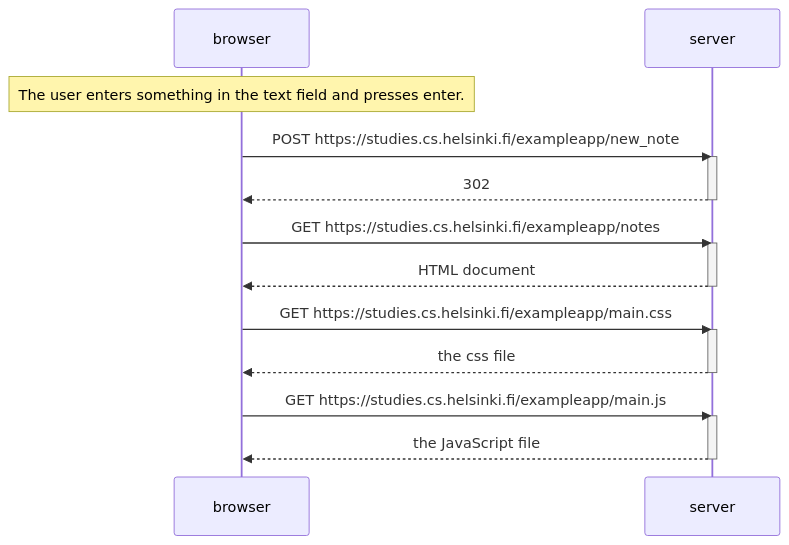
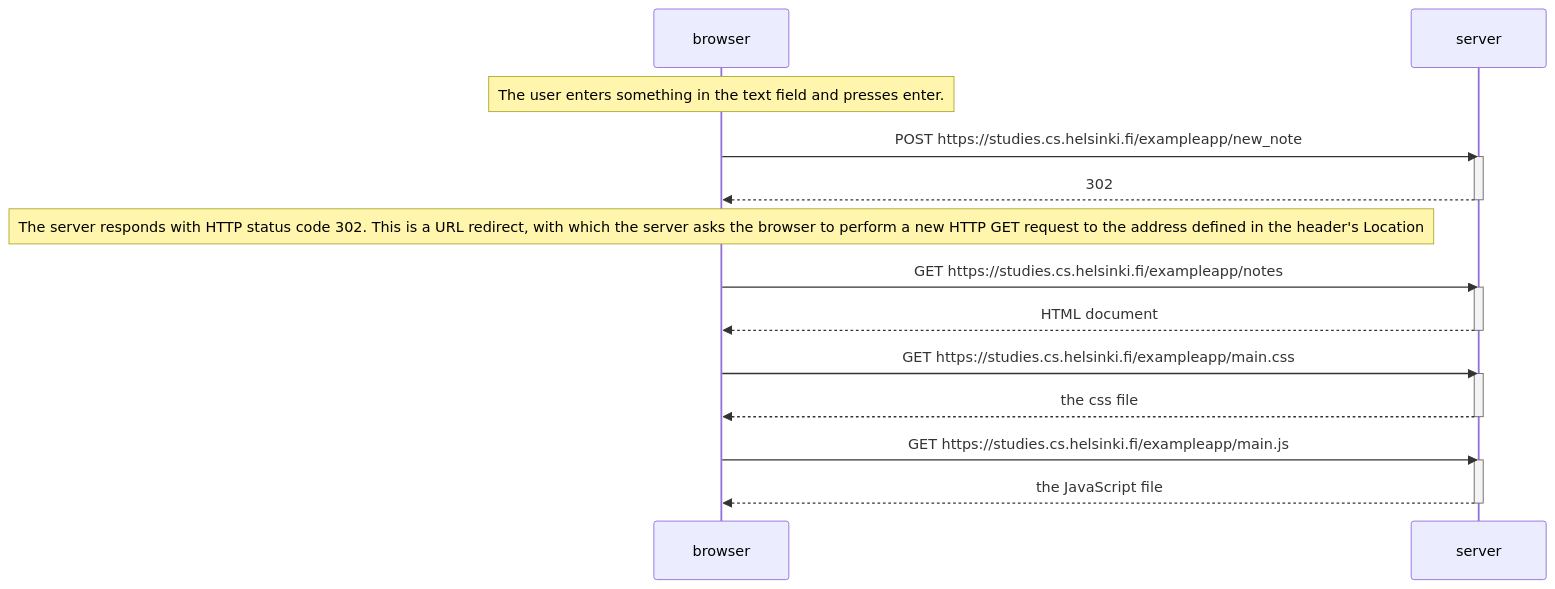
Before and after one commit to Ali-767/Full_Stack_Open: the diagram in Part 0/0.4_New_Note_diagram.md, drawn with Mermaid.

````diff
--- a/Part 0/0.4_New_Note_diagram.md
+++ b/Part 0/0.4_New_Note_diagram.md
@@ -1,26 +1,28 @@
 ```mermaid
 sequenceDiagram
     participant browser
     participant server
 
     Note over browser: The user enters something in the text field and presses enter.
     browser->>server: POST https://studies.cs.helsinki.fi/exampleapp/new_note
     activate server
     server-->>browser: 302
     deactivate server
+
+    Note over browser: The server responds with HTTP status code 302. This is a URL redirect, with which the server asks the browser to perform a new HTTP GET request to the address defined in the header's Location
 
     browser->>server: GET https://studies.cs.helsinki.fi/exampleapp/notes
     activate server
     server-->>browser: HTML document
     deactivate server
 
     browser->>server: GET https://studies.cs.helsinki.fi/exampleapp/main.css
     activate server
     server-->>browser: the css file
     deactivate server
 
     browser->>server: GET https://studies.cs.helsinki.fi/exampleapp/main.js
     activate server
     server-->>browser: the JavaScript file
     deactivate server
 ```
````
